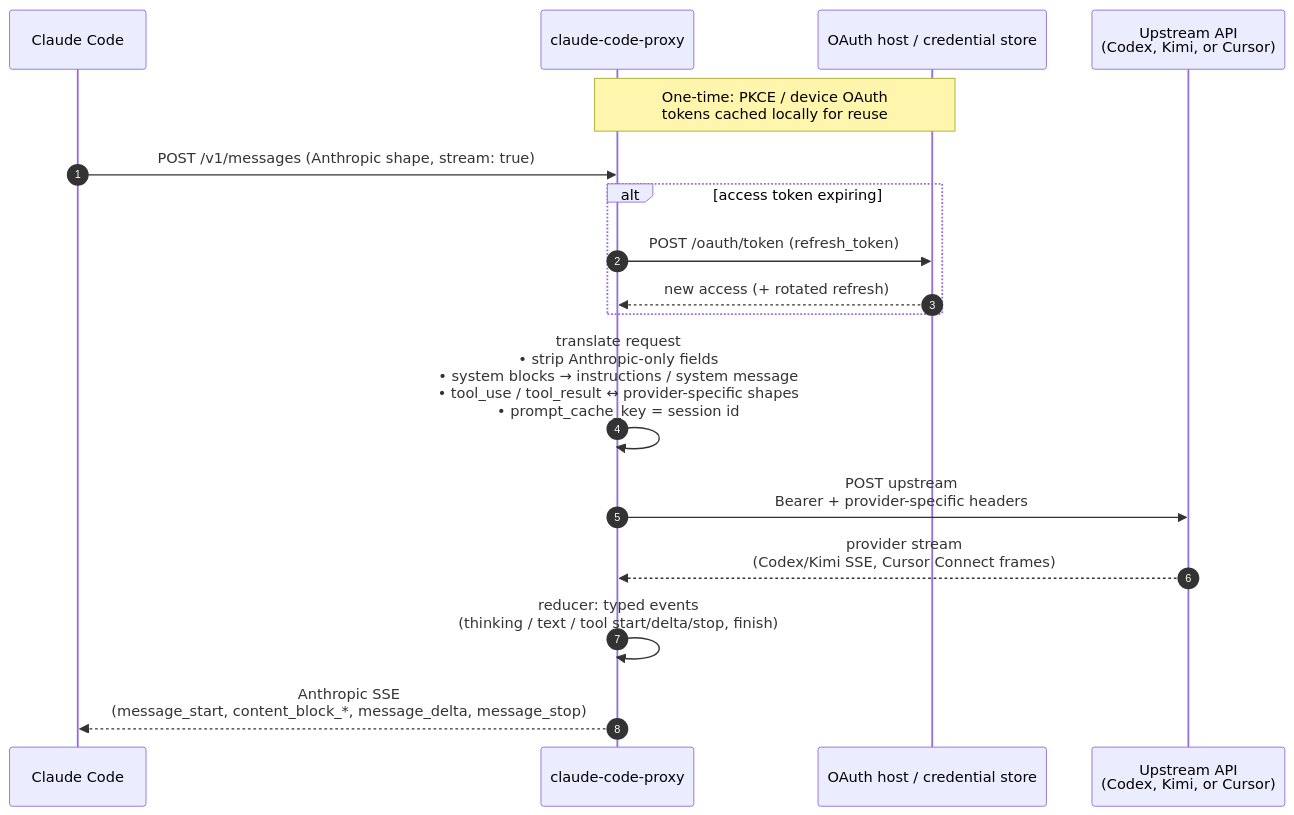
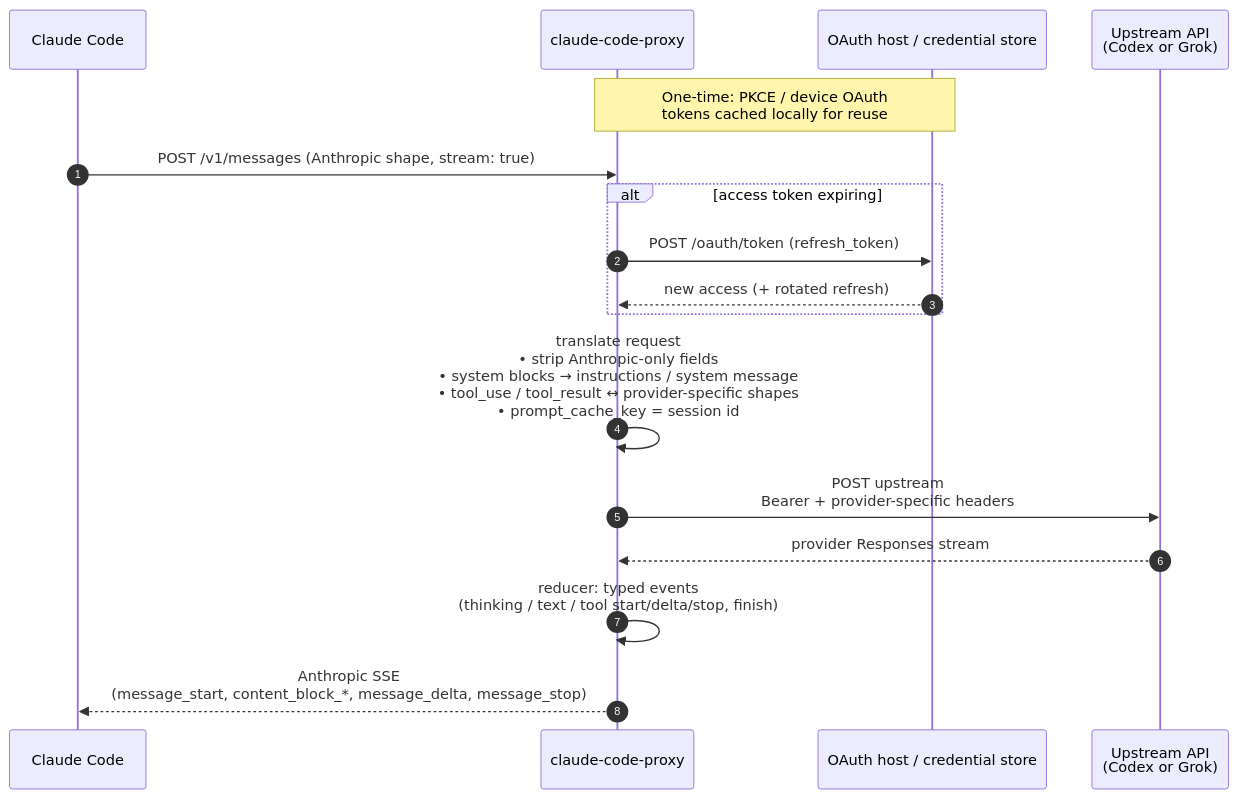
One commit to xiaodream551-a11y/claude-code-proxy changed the diagram in README.md. Above: the diagram before and after it, drawn with Mermaid. The commit also changed other lines of this file and 12 other files, not shown here.

Commit message:
limit routing to Codex and Grok

````diff
--- a/README.md
+++ b/README.md
@@ -652,23 +580,23 @@
 ```mermaid
 sequenceDiagram
     autonumber
     participant CC as Claude Code
     participant P as claude-code-proxy
     participant AUTH as OAuth host / credential store
-    participant U as Upstream API<br/>(Codex, Kimi, or Cursor)
+    participant U as Upstream API<br/>(Codex or Grok)
 
     Note over P,AUTH: One-time: PKCE / device OAuth<br/>tokens cached locally for reuse
 
     CC->>P: POST /v1/messages (Anthropic shape, stream: true)
 
     alt access token expiring
         P->>AUTH: POST /oauth/token (refresh_token)
         AUTH-->>P: new access (+ rotated refresh)
     end
 
     P->>P: translate request<br/>• strip Anthropic-only fields<br/>• system blocks → instructions / system message<br/>• tool_use / tool_result ↔ provider-specific shapes<br/>• prompt_cache_key = session id
     P->>U: POST upstream<br/>Bearer + provider-specific headers
-    U-->>P: provider stream<br/>(Codex/Kimi SSE, Cursor Connect frames)
+    U-->>P: provider Responses stream
     P->>P: reducer: typed events<br/>(thinking / text / tool start/delta/stop, finish)
     P-->>CC: Anthropic SSE<br/>(message_start, content_block_*, message_delta, message_stop)
 ```
````
